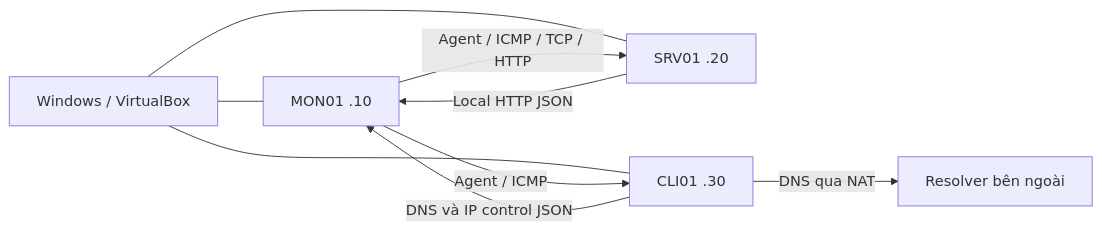
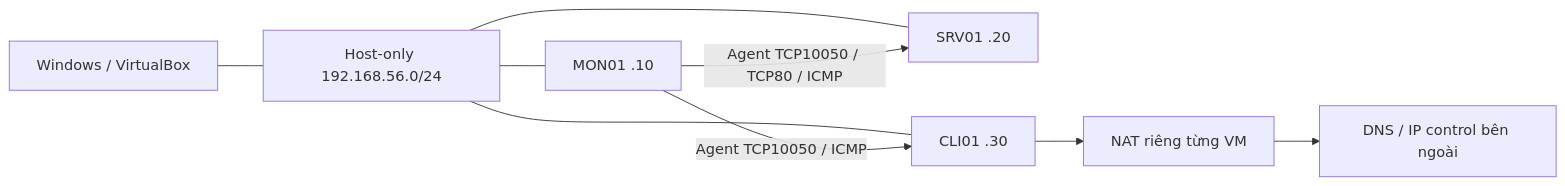
Before and after one commit to Darrys37/smb-network-monitoring: the first of 3 diagrams in docs/CHUONG_2_KIEN_TRUC_VA_TRIEN_KHAI.md, drawn with Mermaid. The commit also changed other lines of this file and 154 other files, not shown here.

````diff
--- a/docs/CHUONG_2_KIEN_TRUC_VA_TRIEN_KHAI.md
+++ b/docs/CHUONG_2_KIEN_TRUC_VA_TRIEN_KHAI.md
@@ -23,12 +31,17 @@
 ```mermaid
 flowchart LR
     W[Windows / VirtualBox]
-    W --- M[MON01 .10]
-    W --- S[SRV01 .20]
-    W --- C[CLI01 .30]
-    M -->|Agent / ICMP / TCP / HTTP| S
-    M -->|Agent / ICMP| C
-    C -->|DNS qua NAT| D[Resolver bên ngoài]
-    S -->|Local HTTP JSON| M
-    C -->|DNS và IP control JSON| M
+    H[Host-only 192.168.56.0/24]
+    M[MON01 .10]
+    S[SRV01 .20]
+    C[CLI01 .30]
+    N[NAT riêng từng VM]
+    D[DNS / IP control bên ngoài]
+    W --- H
+    H --- M
+    H --- S
+    H --- C
+    M -->|Agent TCP10050 / TCP80 / ICMP| S
+    M -->|Agent TCP10050 / ICMP| C
+    C --> N --> D
 ```
````
